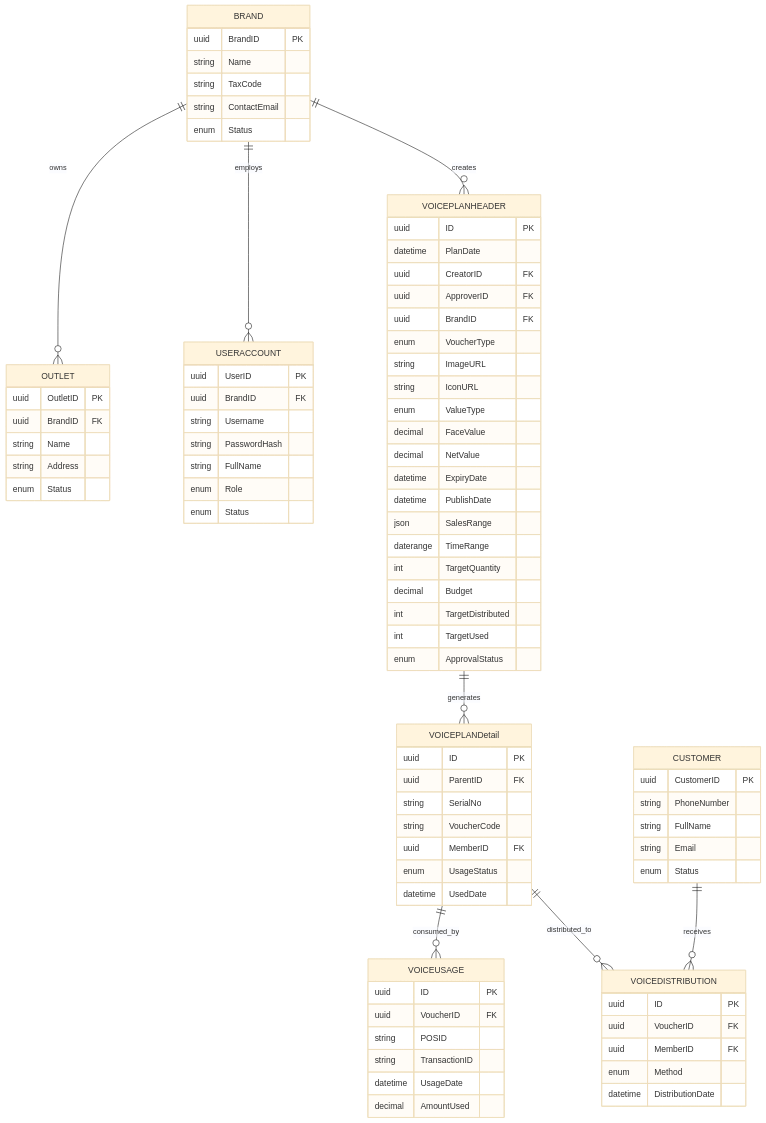
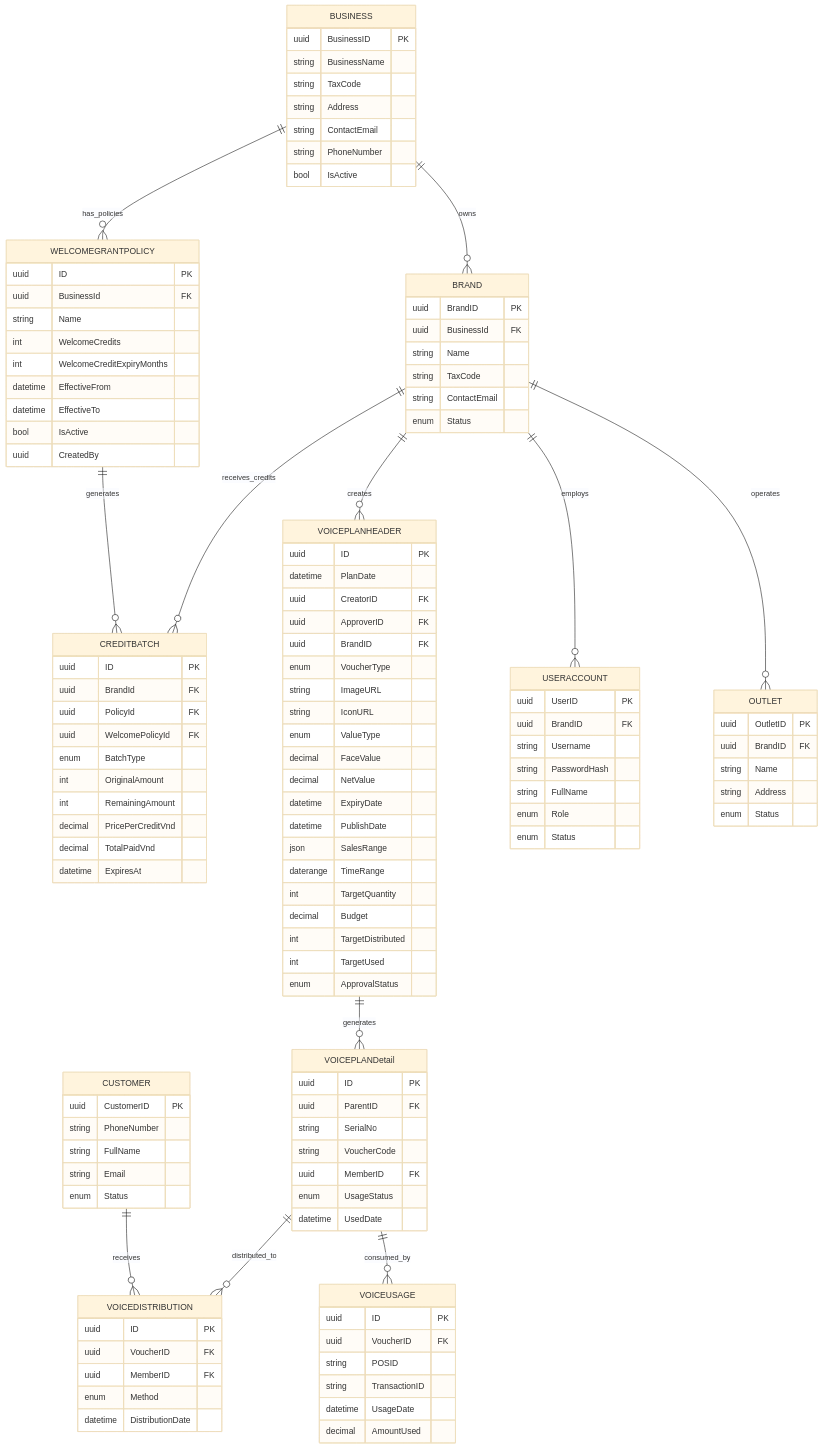
One commit to lamhongbac/NonCash changed the third of 5 diagrams in .qoder/repowiki/en/content/Data Models and Database Design/Entity Relationships and Schema Design.md. Above: the diagram before and after it, drawn with Mermaid (base theme). The commit also changed other lines of this file and 28 other files, not shown here.

```diff
--- a/.qoder/repowiki/en/content/Data Models and Database Design/Entity Relationships and Schema Design.md
+++ b/.qoder/repowiki/en/content/Data Models and Database Design/Entity Relationships and Schema Design.md
@@ -146,6 +180,7 @@
 erDiagram
 BRAND {
 uuid BrandID PK
+uuid BusinessId FK
 string Name
 string TaxCode
 string ContactEmail
@@ -173,6 +208,38 @@
 string FullName
 string Email
 enum Status
+}
+BUSINESS {
+uuid BusinessID PK
+string BusinessName
+string TaxCode
+string Address
+string ContactEmail
+string PhoneNumber
+bool IsActive
+}
+WELCOMEGRANTPOLICY {
+uuid ID PK
+uuid BusinessId FK
+string Name
+int WelcomeCredits
+int WelcomeCreditExpiryMonths
+datetime EffectiveFrom
+datetime EffectiveTo
+bool IsActive
+uuid CreatedBy
+}
+CREDITBATCH {
+uuid ID PK
+uuid BrandId FK
+uuid PolicyId FK
+uuid WelcomePolicyId FK
+enum BatchType
+int OriginalAmount
+int RemainingAmount
+decimal PricePerCreditVnd
+decimal TotalPaidVnd
+datetime ExpiresAt
 }
 VOICEPLANHEADER {
 uuid ID PK
@@ -220,9 +287,13 @@
 enum Method
 datetime DistributionDate
 }
-BRAND ||--o{ OUTLET : "owns"
+BUSINESS ||--o{ BRAND : "owns"
+BUSINESS ||--o{ WELCOMEGRANTPOLICY : "has_policies"
+BRAND ||--o{ OUTLET : "operates"
 BRAND ||--o{ USERACCOUNT : "employs"
 BRAND ||--o{ VOICEPLANHEADER : "creates"
+BRAND ||--o{ CREDITBATCH : "receives_credits"
+WELCOMEGRANTPOLICY ||--o{ CREDITBATCH : "generates"
 VOICEPLANHEADER ||--o{ VOICEPLANDetail : "generates"
 VOICEPLANDetail ||--o{ VOICEUSAGE : "consumed_by"
 VOICEPLANDetail ||--o{ VOICEDISTRIBUTION : "distributed_to"
```
